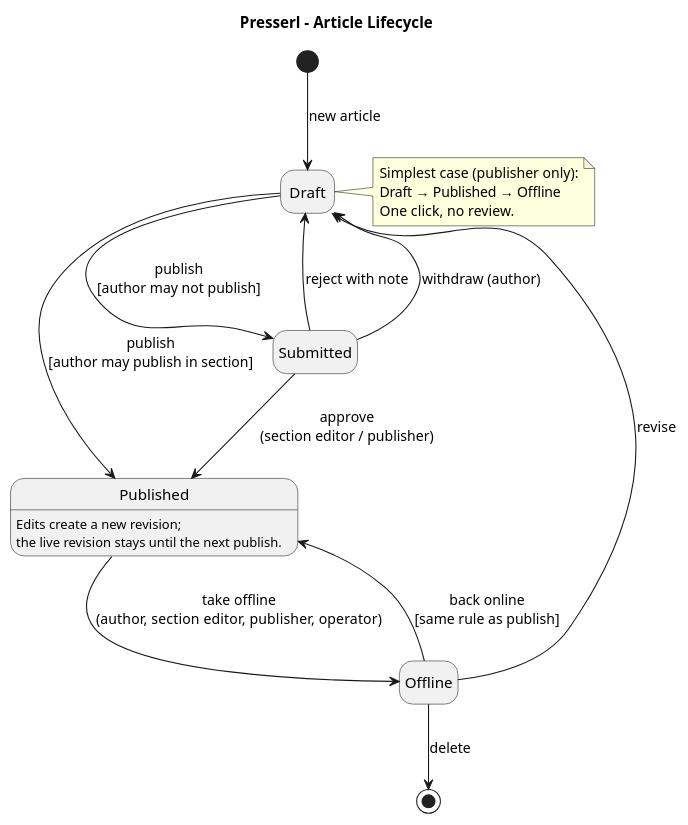
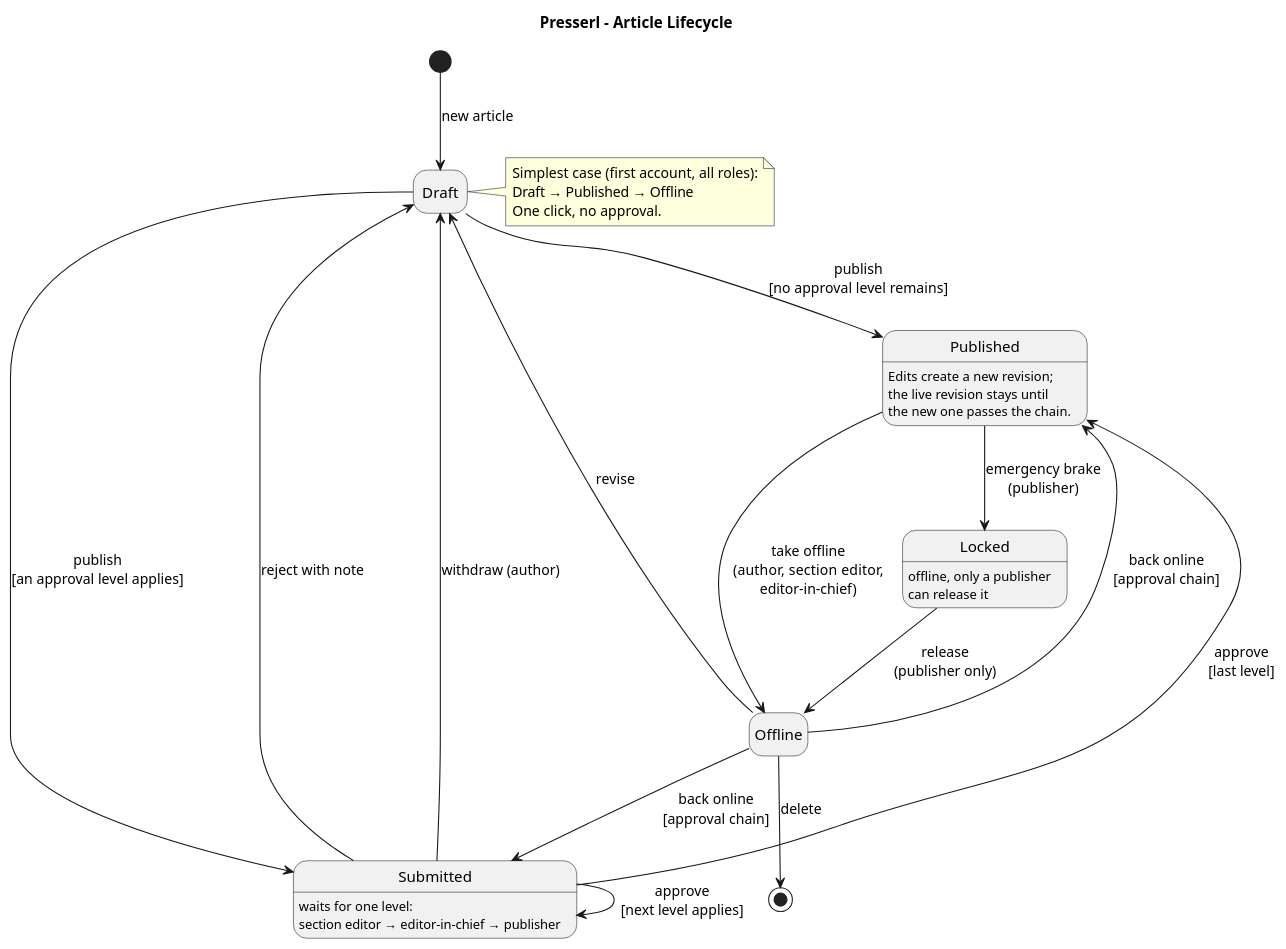
Before and after one commit to UnterrainerInformatik/presserl: the diagram in docs/diagrams/article-lifecycle.puml, drawn with PlantUML. The commit also changed 28 other files, not shown here.

```diff
--- a/docs/diagrams/article-lifecycle.puml
+++ b/docs/diagrams/article-lifecycle.puml
@@ -1,28 +1,37 @@
 @startuml article-lifecycle
 title Presserl – Article Lifecycle
 skinparam shadowing false
 skinparam defaultFontName Sans-Serif
 hide empty description
 
 [*] --> Draft : new article
 
-Draft --> Published : publish\n[author may publish in section]
-Draft --> Submitted : publish\n[author may not publish]
-Submitted --> Published : approve\n(section editor / publisher)
+Draft --> Published : publish\n[no approval level remains]
+Draft --> Submitted : publish\n[an approval level applies]
+Submitted --> Submitted : approve\n[next level applies]
+Submitted --> Published : approve\n[last level]
 Submitted --> Draft : reject with note
 Submitted --> Draft : withdraw (author)
 
-Published --> Offline : take offline\n(author, section editor, publisher, operator)
-Offline --> Published : back online\n[same rule as publish]
+Published --> Offline : take offline\n(author, section editor,\neditor-in-chief)
+Published --> Locked : emergency brake\n(publisher)
+Offline --> Published : back online\n[approval chain]
+Offline --> Submitted : back online\n[approval chain]
+Locked --> Offline : release\n(publisher only)
 Offline --> Draft : revise
 Offline --> [*] : delete
 
+Submitted : waits for one level:
+Submitted : section editor → editor-in-chief → publisher
 Published : Edits create a new revision;
-Published : the live revision stays until the next publish.
+Published : the live revision stays until
+Published : the new one passes the chain.
+Locked : offline, only a publisher
+Locked : can release it
 
 note right of Draft
-  Simplest case (publisher only):
+  Simplest case (first account, all roles):
   Draft → Published → Offline
-  One click, no review.
+  One click, no approval.
 end note
 @enduml
```
